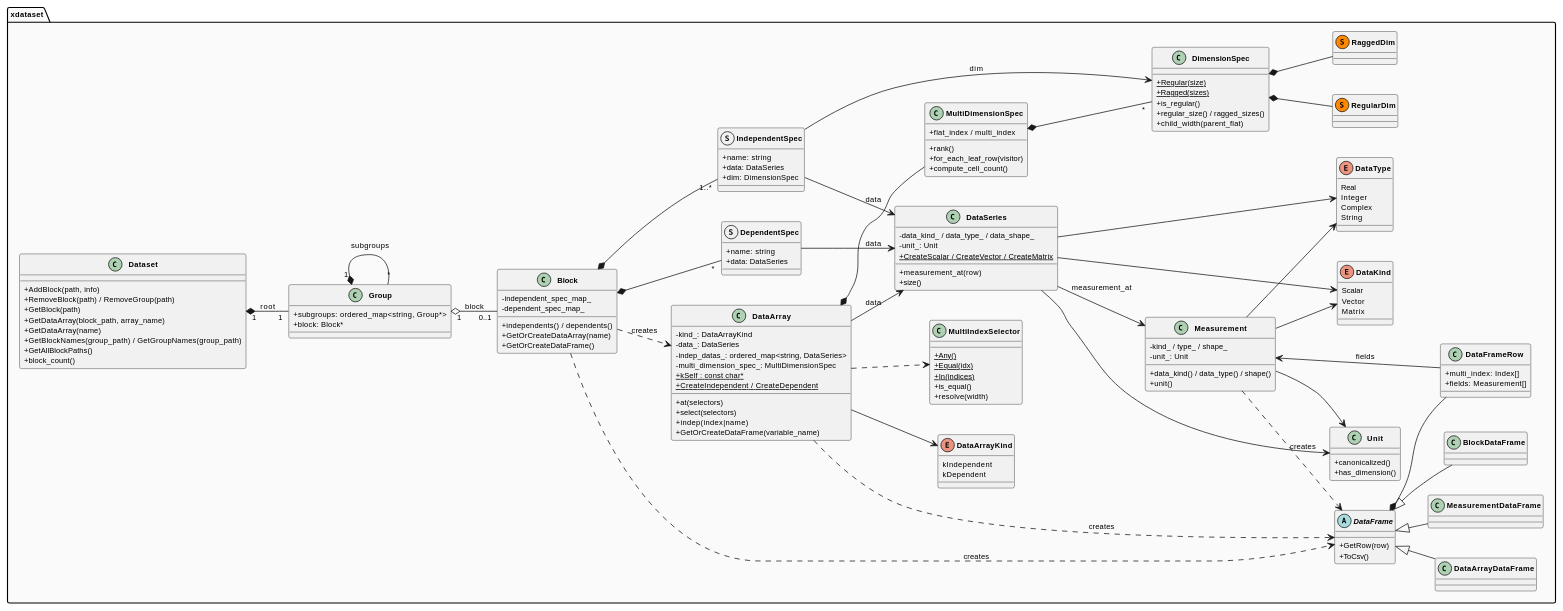
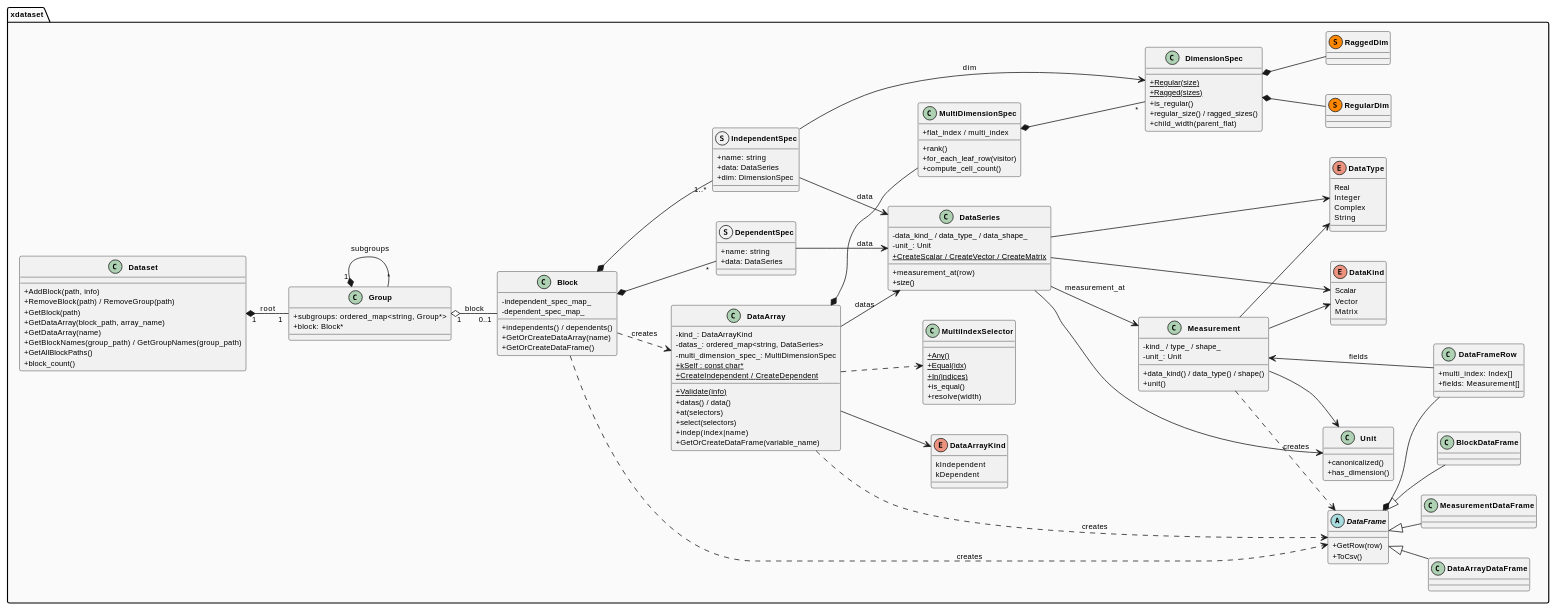
Before and after one commit to smile-zyk/xdataset: the first of 2 diagrams in docs/Architecture.md, drawn with PlantUML. The commit also changed other lines of this file and 7 other files, not shown here.

First line of the commit message:
refactor: unify data_ and indep_datas_ into single datas_ ordered_map

```diff
--- a/docs/Architecture.md
+++ b/docs/Architecture.md
@@ -52,11 +52,12 @@
 
     class DataArray {
         - kind_: DataArrayKind
-        - data_: DataSeries
-        - indep_datas_: ordered_map<string, DataSeries>
+        - datas_: ordered_map<string, DataSeries>
         - multi_dimension_spec_: MultiDimensionSpec
         + {static} kSelf : const char*
+        + {static} Validate(info)
         + {static} CreateIndependent / CreateDependent
+        + datas() / data()
         + at(selectors)
         + select(selectors)
         + indep(index|name)
@@ -156,7 +157,7 @@
     DependentSpec --> DataSeries : data
     Block ..> DataArray : creates
     Block ..> DataFrame : creates
-    DataArray --> DataSeries : data
+    DataArray --> DataSeries : datas
     DataArray *-- MultiDimensionSpec
     DataArray --> DataArrayKind
     DataArray ..> DataFrame : creates
```
